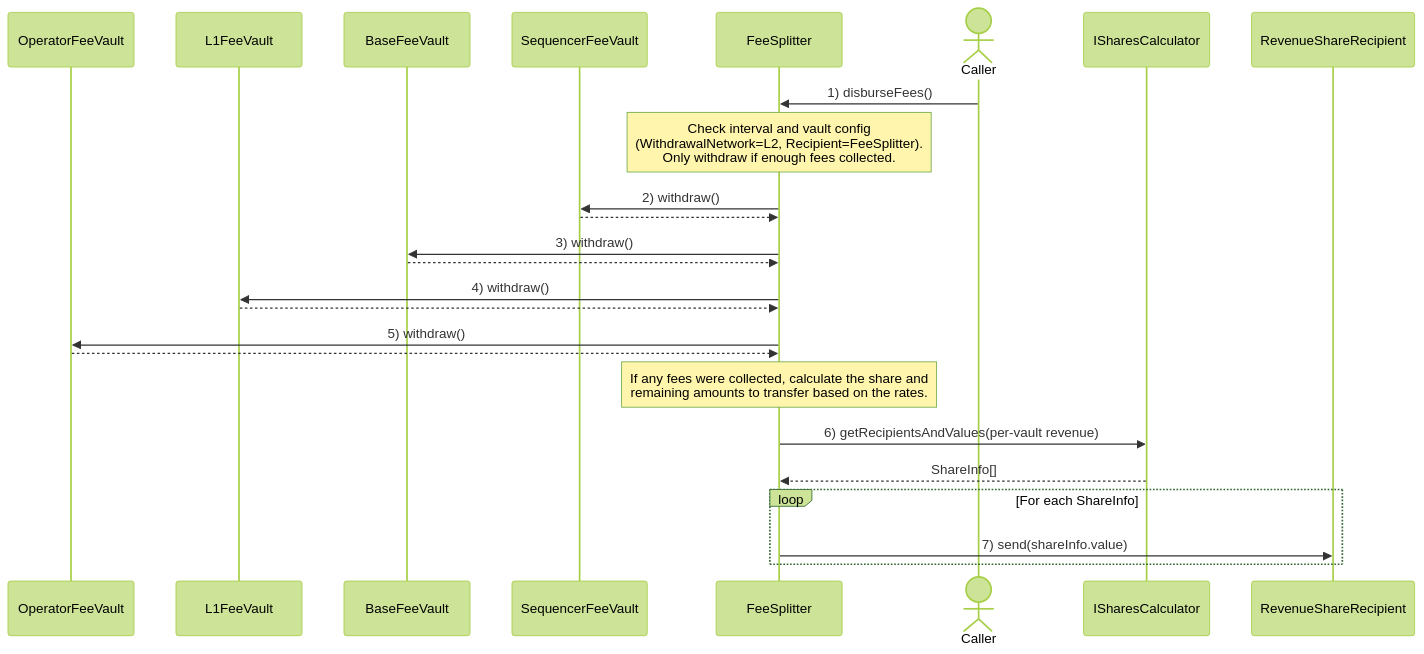
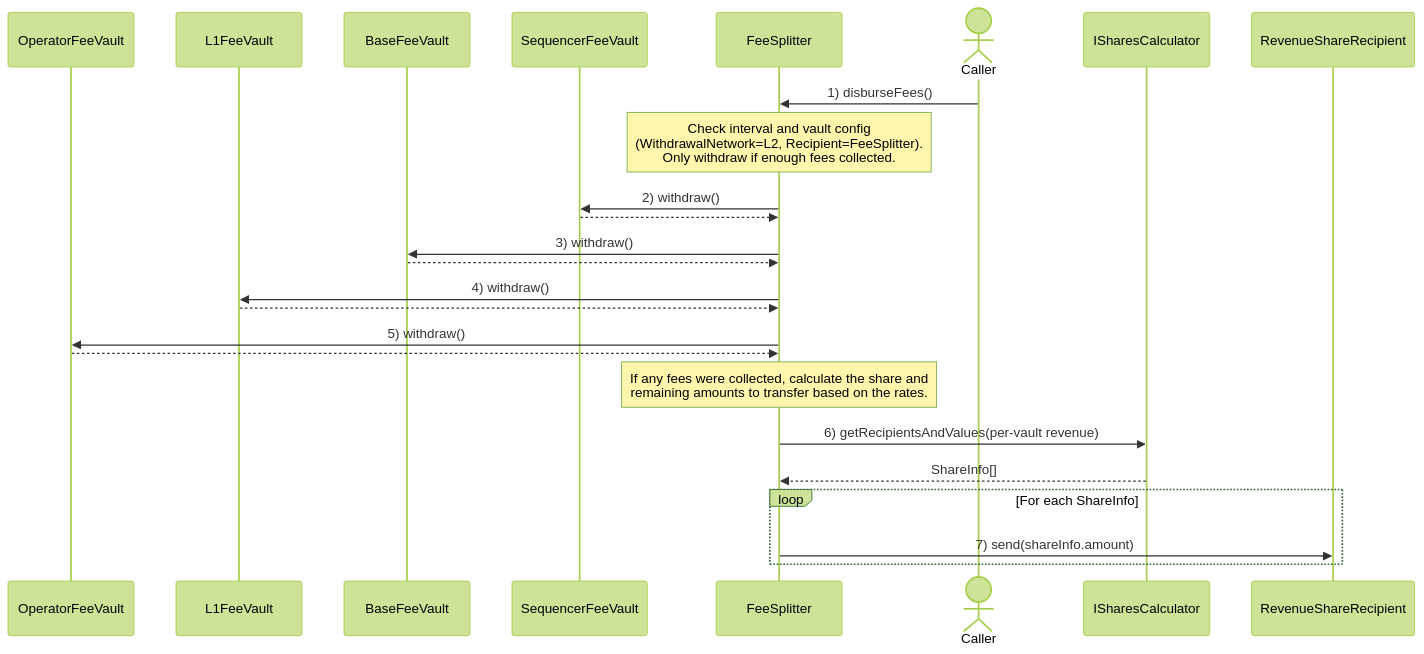
One commit to defi-wonderland/specs changed the diagram in specs/protocol/jovian/predeploys.md. Above: the diagram before and after it, drawn with Mermaid (forest theme). The commit also changed other lines of this file, not shown here.

````diff
--- a/specs/protocol/jovian/predeploys.md
+++ b/specs/protocol/jovian/predeploys.md
@@ -59,37 +53,37 @@
 ```mermaid
 sequenceDiagram
 
     participant OperatorFeeVault
     participant L1FeeVault
     participant BaseFeeVault
     participant SequencerFeeVault
     participant FeeSplitter
     actor Caller
     participant ISharesCalculator
     participant RevenueShareRecipient
 
     Caller ->> FeeSplitter: 1) disburseFees()
 
     Note over FeeSplitter: Check interval and vault config <br> (WithdrawalNetwork=L2, Recipient=FeeSplitter). <br/>Only withdraw if enough fees collected.
 
     FeeSplitter ->> SequencerFeeVault: 2) withdraw()
     SequencerFeeVault -->> FeeSplitter:
 
     FeeSplitter ->> BaseFeeVault: 3) withdraw()
     BaseFeeVault -->> FeeSplitter:
 
     FeeSplitter ->> L1FeeVault: 4) withdraw()
     L1FeeVault -->> FeeSplitter:
 
     FeeSplitter ->> OperatorFeeVault: 5) withdraw()
     OperatorFeeVault -->> FeeSplitter:
 
     Note over FeeSplitter: If any fees were collected, calculate the share and <br> remaining amounts to transfer based on the rates.
 
     FeeSplitter ->> ISharesCalculator: 6) getRecipientsAndValues(per-vault revenue)
     ISharesCalculator -->> FeeSplitter: ShareInfo[]
 
     loop For each ShareInfo
-        FeeSplitter ->> RevenueShareRecipient: 7) send(shareInfo.value)
+        FeeSplitter ->> RevenueShareRecipient: 7) send(shareInfo.amount)
     end
 ```
````
